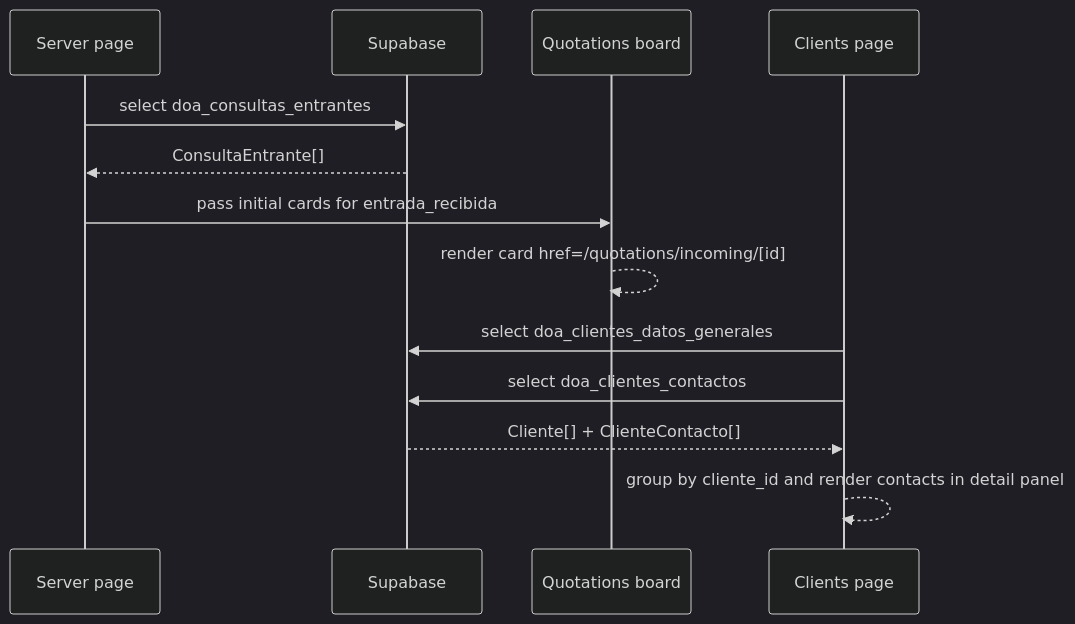
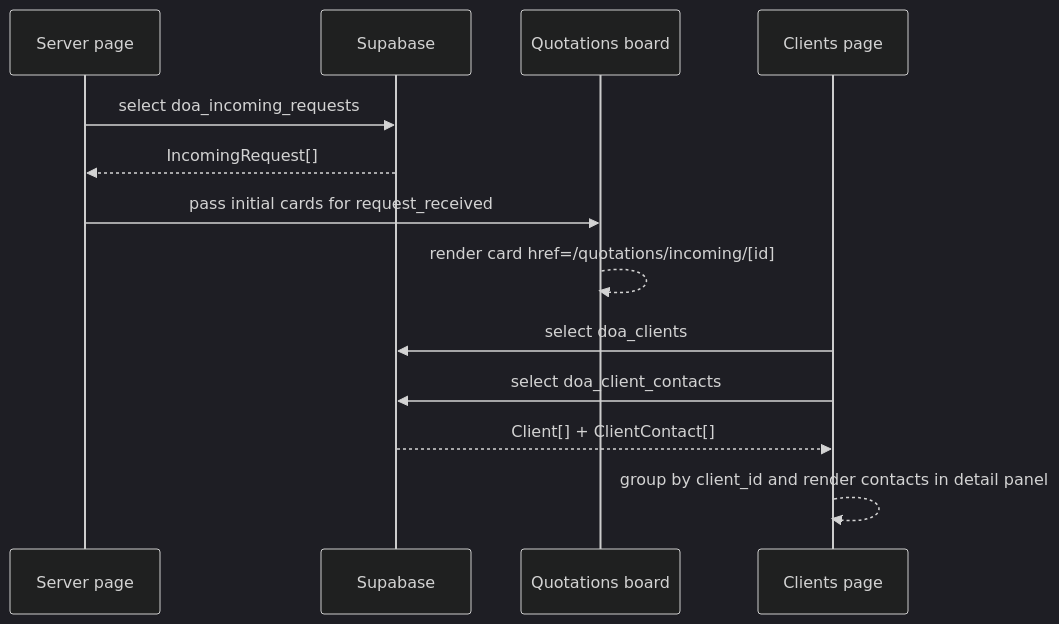
Before and after one commit to jesuswiki92/Design-Organization-Approval-APP-Production: the diagram in openspec/changes/connect-incoming-requests-and-client-contacts/design.md, drawn with Mermaid (dark theme). The commit also changed other lines of this file and 278 other files, not shown here.

````diff
--- a/openspec/changes/connect-incoming-requests-and-client-contacts/design.md
+++ b/openspec/changes/connect-incoming-requests-and-client-contacts/design.md
@@ -37,17 +37,17 @@
 ```mermaid
 sequenceDiagram
     participant P as Server page
     participant S as Supabase
     participant B as Quotations board
     participant C as Clients page
 
-    P->>S: select doa_consultas_entrantes
-    S-->>P: ConsultaEntrante[]
-    P->>B: pass initial cards for entrada_recibida
+    P->>S: select doa_incoming_requests
+    S-->>P: IncomingRequest[]
+    P->>B: pass initial cards for request_received
     B-->>B: render card href=/quotations/incoming/[id]
 
-    C->>S: select doa_clientes_datos_generales
-    C->>S: select doa_clientes_contactos
-    S-->>C: Cliente[] + ClienteContacto[]
-    C-->>C: group by cliente_id and render contacts in detail panel
+    C->>S: select doa_clients
+    C->>S: select doa_client_contacts
+    S-->>C: Client[] + ClientContact[]
+    C-->>C: group by client_id and render contacts in detail panel
 ```
````
